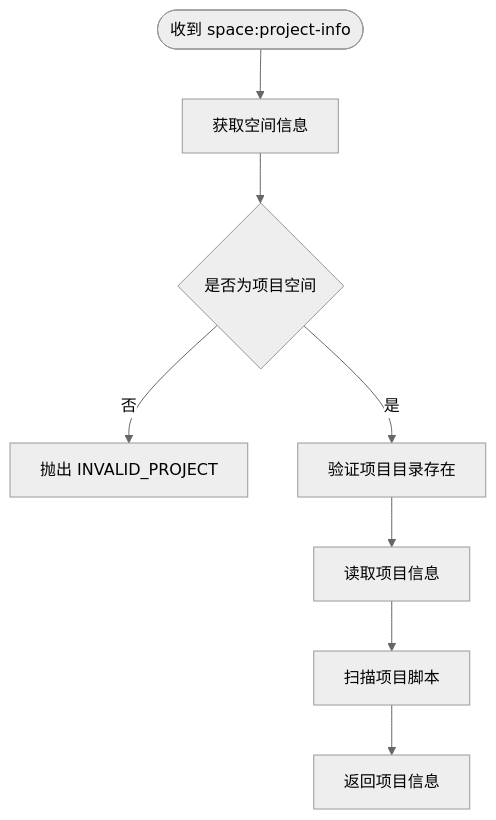
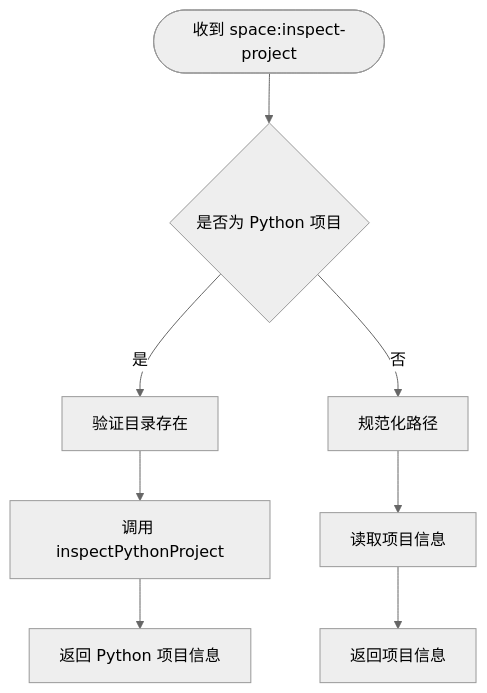
One commit to hozeeee/script-box changed the sixth of 13 diagrams in .qoder/repowiki/zh/content/核心服务层/Space 服务（项目空间管理）.md. Above: the diagram before and after it, drawn with Mermaid (neutral theme). The commit also changed other lines of this file and 6 other files, not shown here.

````diff
--- a/.qoder/repowiki/zh/content/核心服务层/Space 服务（项目空间管理）.md
+++ b/.qoder/repowiki/zh/content/核心服务层/Space 服务（项目空间管理）.md
@@ -221,10 +275,10 @@
 ```mermaid
 flowchart TD
-Start(["收到 space:project-info"]) --> GetSpace["获取空间信息"]
-GetSpace --> CheckProject{"是否为项目空间"}
-CheckProject --> |否| Error["抛出 INVALID_PROJECT"]
-CheckProject --> |是| AssertDir["验证项目目录存在"]
-AssertDir --> ReadInfo["读取项目信息"]
-ReadInfo --> ScanScripts["扫描项目脚本"]
-ScanScripts --> ReturnInfo["返回项目信息"]
+Start(["收到 space:inspect-project"]) --> CheckKind{"是否为 Python 项目"}
+CheckKind --> |是| StatDir["验证目录存在"]
+StatDir --> InspectPy["调用 inspectPythonProject"]
+InspectPy --> ReturnPy["返回 Python 项目信息"]
+CheckKind --> |否| NormalizePath["规范化路径"]
+NormalizePath --> ReadInfo["读取项目信息"]
+ReadInfo --> ReturnInfo["返回项目信息"]
 ```
````
